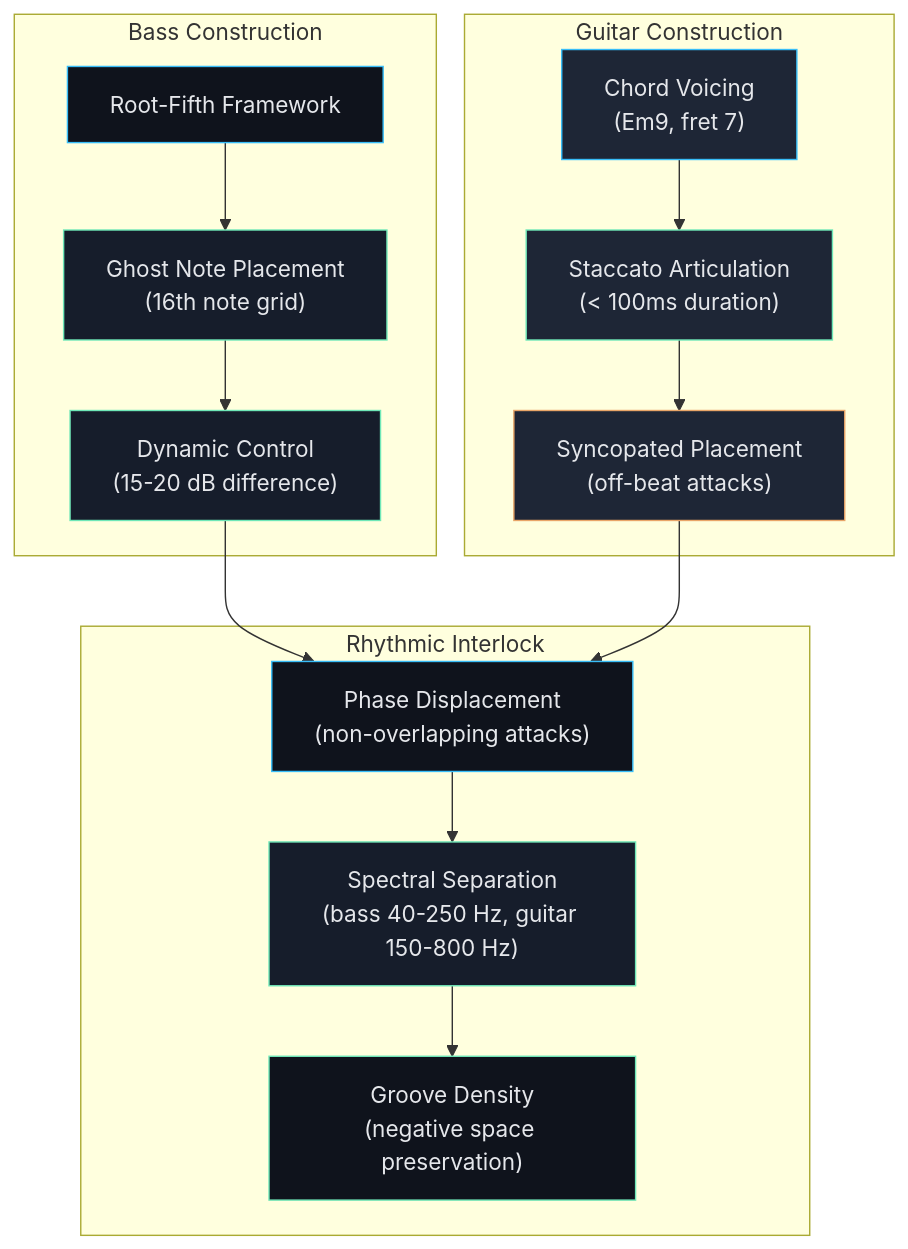
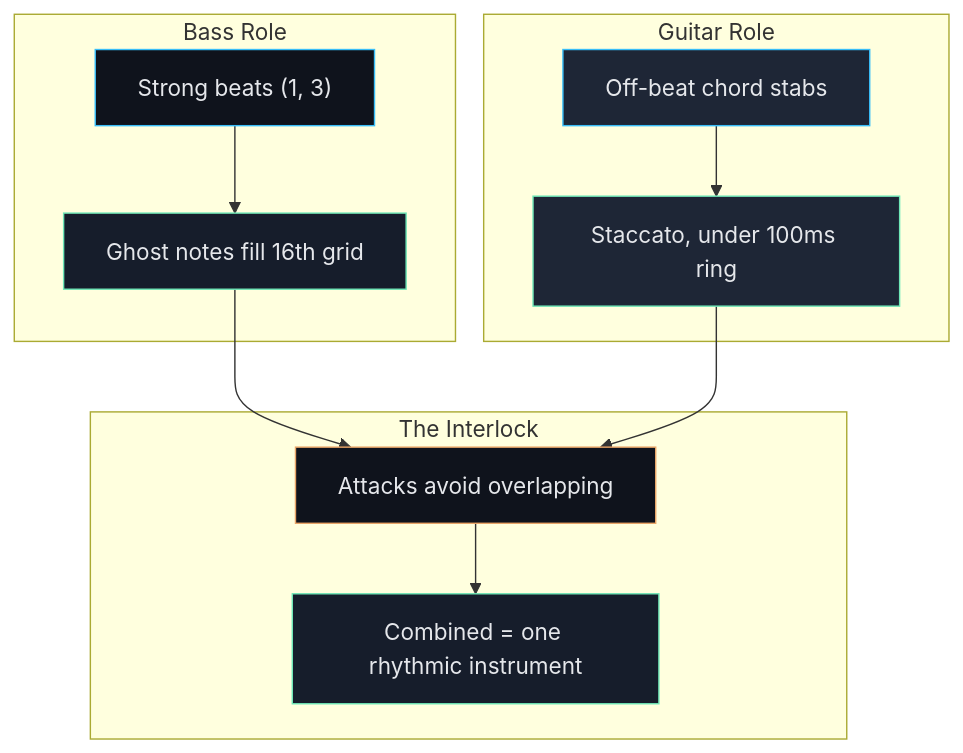
The fourth of 6 diagrams in topics/arts/music_performance/strings/labs.md (blebleblee/synapse), drawn with Mermaid before and after one commit. The commit also changed other lines of this file and 4 other files, not shown here.

````diff
--- a/topics/arts/music_performance/strings/labs.md
+++ b/topics/arts/music_performance/strings/labs.md
@@ -885,37 +552,26 @@
 ```mermaid
 graph TD
-    subgraph sub_bass ["Bass Construction"]
-        A["Root-Fifth Framework"]
-        B["Ghost Note Placement<br/>(16th note grid)"]
-        C["Dynamic Control<br/>(15-20 dB difference)"]
+    subgraph sub_bass ["Bass Role"]
+        A["Strong beats (1, 3)"]
+        B["Ghost notes fill 16th grid"]
     end
-    subgraph sub_guitar ["Guitar Construction"]
-        D["Chord Voicing<br/>(Em9, fret 7)"]
-        E["Staccato Articulation<br/>(< 100ms duration)"]
-        F["Syncopated Placement<br/>(off-beat attacks)"]
+    subgraph sub_guitar ["Guitar Role"]
+        C["Off-beat chord stabs"]
+        D["Staccato, under 100ms ring"]
     end
-    subgraph sub_interlock ["Rhythmic Interlock"]
-        G["Phase Displacement<br/>(non-overlapping attacks)"]
-        H["Spectral Separation<br/>(bass 40-250 Hz, guitar 150-800 Hz)"]
-        I["Groove Density<br/>(negative space preservation)"]
+    subgraph sub_lock ["The Interlock"]
+        E["Attacks avoid overlapping"]
+        F["Combined = one rhythmic instrument"]
     end
-    
-    A --> B
-    B --> C
-    D --> E
+
+    A --> B --> E
+    C --> D --> E
     E --> F
-    C --> G
-    F --> G
-    G --> H
-    H --> I
-    
+
     style A fill:#0F131C,stroke:#38BDF8,color:#E5E7EB
     style B fill:#161D2B,stroke:#6EE7B7,color:#E5E7EB
-    style C fill:#161D2B,stroke:#6EE7B7,color:#E5E7EB
-    style D fill:#1E2636,stroke:#38BDF8,color:#E5E7EB
-    style E fill:#1E2636,stroke:#6EE7B7,color:#E5E7EB
-    style F fill:#1E2636,stroke:#E9A568,color:#E5E7EB
-    style G fill:#0F131C,stroke:#38BDF8,color:#E5E7EB
-    style H fill:#161D2B,stroke:#6EE7B7,color:#E5E7EB
-    style I fill:#0F131C,stroke:#6EE7B7,color:#E5E7EB
+    style C fill:#1E2636,stroke:#38BDF8,color:#E5E7EB
+    style D fill:#1E2636,stroke:#6EE7B7,color:#E5E7EB
+    style E fill:#0F131C,stroke:#E9A568,color:#E5E7EB
+    style F fill:#161D2B,stroke:#6EE7B7,color:#E5E7EB
 ```
````
